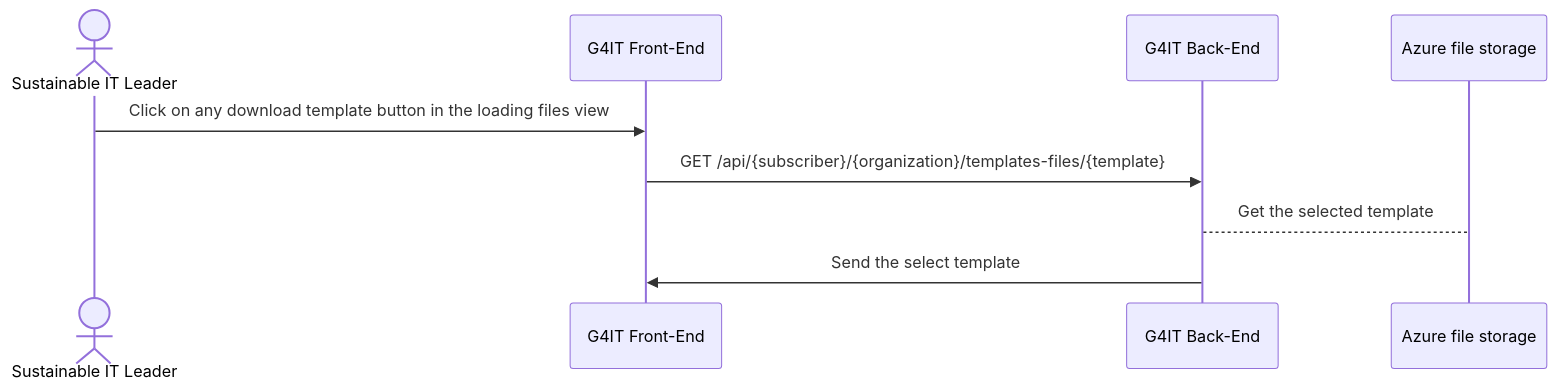
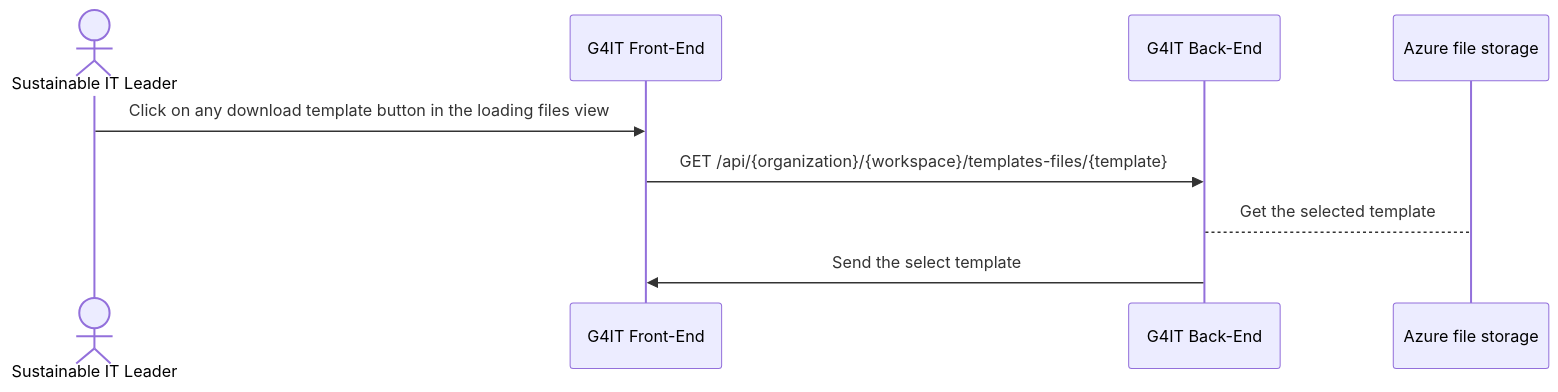
One commit to teamg4it/g4it changed the fourth of 4 diagrams in services/documentation/content/2-functional-documentation/use_cases/uc_inventory/uc2_create_inventory.md. Above: the diagram before and after it, drawn with Mermaid. The commit also changed other lines of this file and 92 other files, not shown here.

```diff
--- a/services/documentation/content/2-functional-documentation/use_cases/uc_inventory/uc2_create_inventory.md
+++ b/services/documentation/content/2-functional-documentation/use_cases/uc_inventory/uc2_create_inventory.md
@@ -129,13 +129,13 @@
 {{< mermaid >}}
 sequenceDiagram
 actor RND as Sustainable IT Leader
 participant front as G4IT Front-End
 participant back as G4IT Back-End
 participant azure as Azure file storage
 
 RND ->> front: Click on any download template button in the loading files view
-front ->> back: GET /api/{subscriber}/{organization}/templates-files/{template}
+front ->> back: GET /api/{organization}/{workspace}/templates-files/{template}
 back --> azure: Get the selected template
 back ->> front: Send the select template
 
 {{< /mermaid >}}
```
